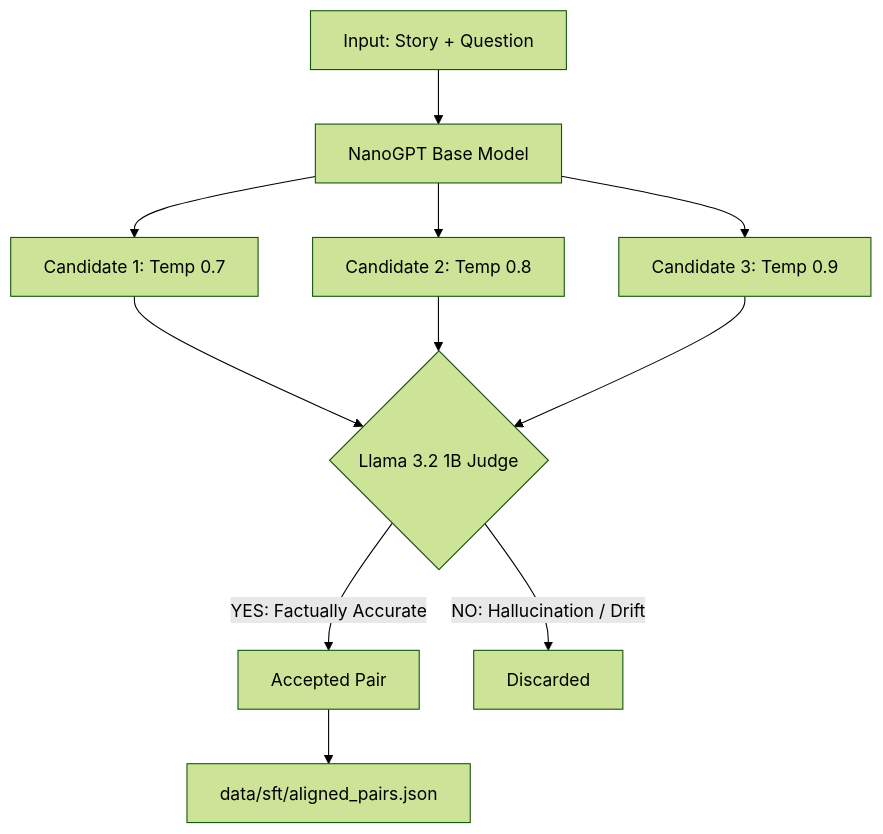
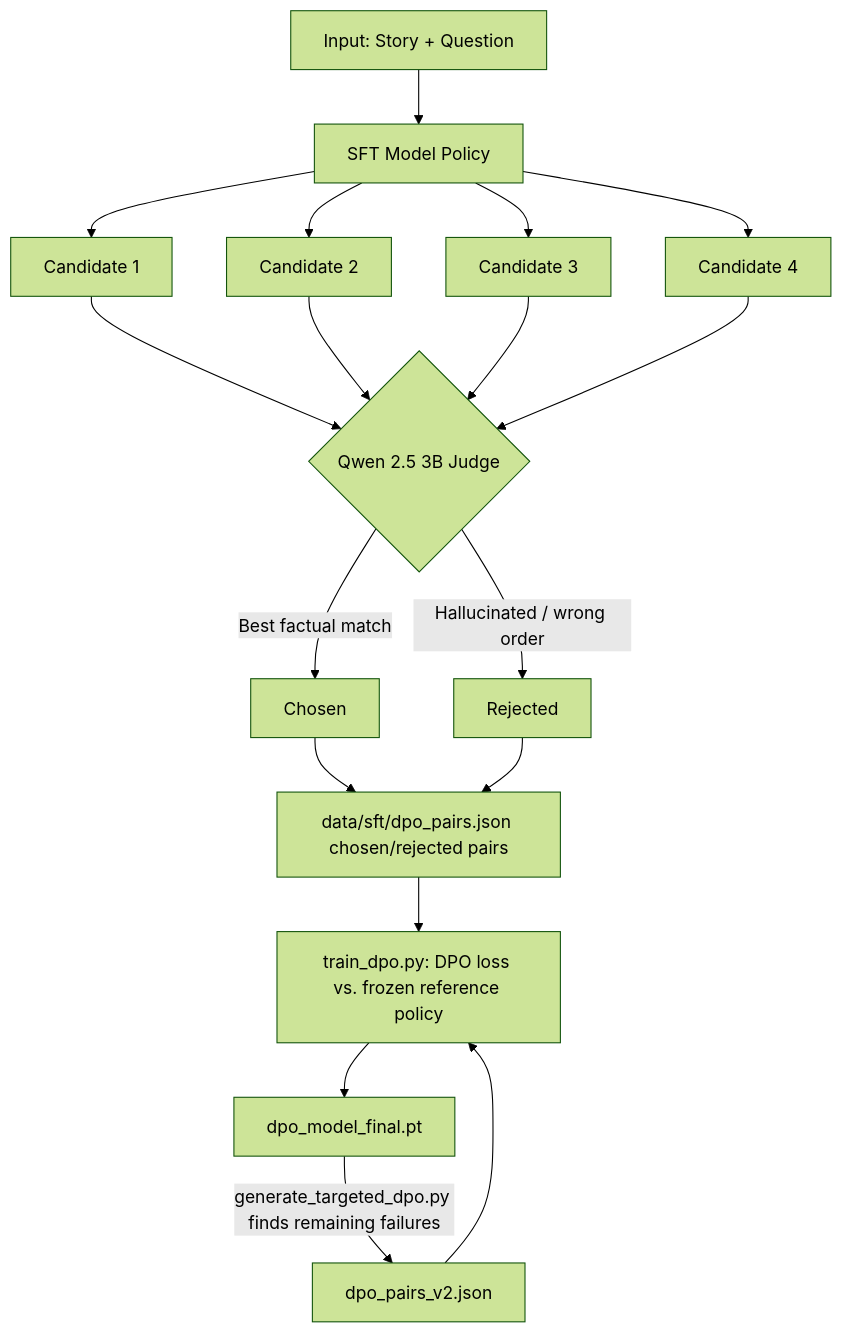
One commit to yogeshsikhwal77/nanoGPT changed the third of 3 diagrams in README.md. Above: the diagram before and after it, drawn with Mermaid (forest theme). The commit also changed other lines of this file and 6 other files, not shown here.

Commit message:
train 33 million model from start to dpo

````diff
--- a/README.md
+++ b/README.md
@@ -348,11 +421,16 @@
 ```mermaid
 flowchart TD
-    Q["Input: Story + Question"] --> M[NanoGPT Base Model]
-    M --> C1[Candidate 1: Temp 0.7]
-    M --> C2[Candidate 2: Temp 0.8]
-    M --> C3[Candidate 3: Temp 0.9]
-    C1 & C2 & C3 --> J{Llama 3.2 1B Judge}
-    J -->|YES: Factually Accurate| A[Accepted Pair]
-    J -->|NO: Hallucination / Drift| R[Discarded]
-    A --> S["data/sft/aligned_pairs.json"]
+    Q["Input: Story + Question"] --> M[SFT Model Policy]
+    M --> C1[Candidate 1]
+    M --> C2[Candidate 2]
+    M --> C3[Candidate 3]
+    M --> C4[Candidate 4]
+    C1 & C2 & C3 & C4 --> J{Qwen 2.5 3B Judge}
+    J -->|Best factual match| W[Chosen]
+    J -->|Hallucinated / wrong order| L[Rejected]
+    W & L --> P["data/sft/dpo_pairs.json chosen/rejected pairs"]
+    P --> T[train_dpo.py: DPO loss vs. frozen reference policy]
+    T --> V[dpo_model_final.pt]
+    V -->|generate_targeted_dpo.py finds remaining failures| P2[dpo_pairs_v2.json]
+    P2 --> T
 ```
````
